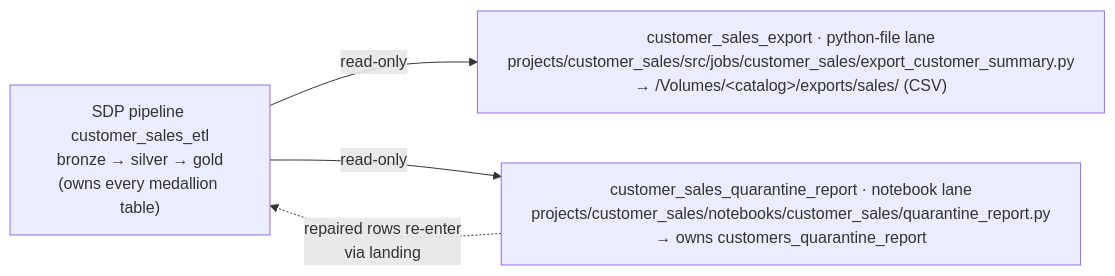
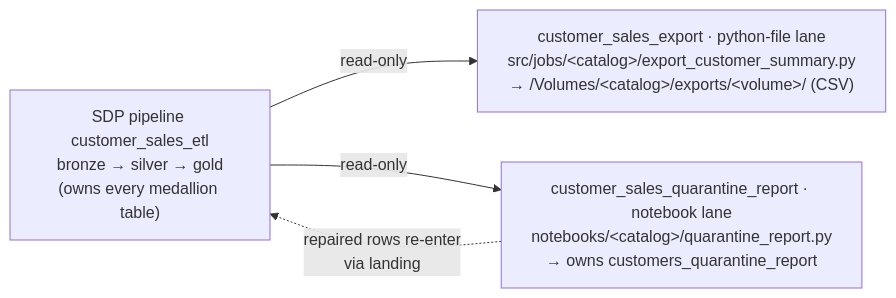
Before and after one commit to Vegash09/Demo_Lab: the third of 6 diagrams in docs/ARCHITECTURE.md, drawn with Mermaid. The commit also changed other lines of this file and 19 other files, not shown here.

````diff
--- a/docs/ARCHITECTURE.md
+++ b/docs/ARCHITECTURE.md
@@ -69,7 +73,7 @@
 ```mermaid
 flowchart LR
     PL["SDP pipeline customer_sales_etl<br/>bronze → silver → gold<br/>(owns every medallion table)"]
-    PL -->|read-only| EXP["customer_sales_export · python-file lane<br/>projects/customer_sales/src/jobs/customer_sales/export_customer_summary.py<br/>→ /Volumes/&lt;catalog&gt;/exports/sales/ (CSV)"]
-    PL -->|read-only| QR["customer_sales_quarantine_report · notebook lane<br/>projects/customer_sales/notebooks/customer_sales/quarantine_report.py<br/>→ owns customers_quarantine_report"]
+    PL -->|read-only| EXP["customer_sales_export · python-file lane<br/>src/jobs/&lt;catalog&gt;/export_customer_summary.py<br/>→ /Volumes/&lt;catalog&gt;/exports/&lt;volume&gt;/ (CSV)"]
+    PL -->|read-only| QR["customer_sales_quarantine_report · notebook lane<br/>notebooks/&lt;catalog&gt;/quarantine_report.py<br/>→ owns customers_quarantine_report"]
     QR -.->|"repaired rows re-enter<br/>via landing"| PL
 ```
````
